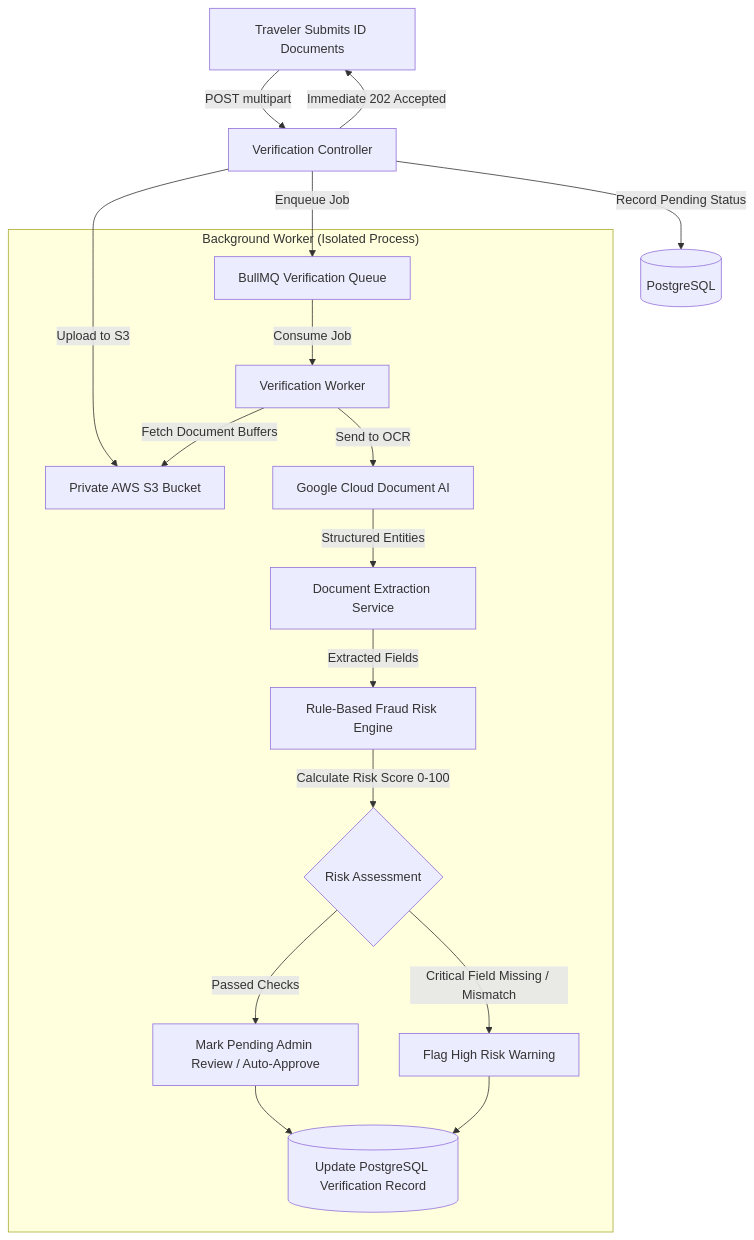
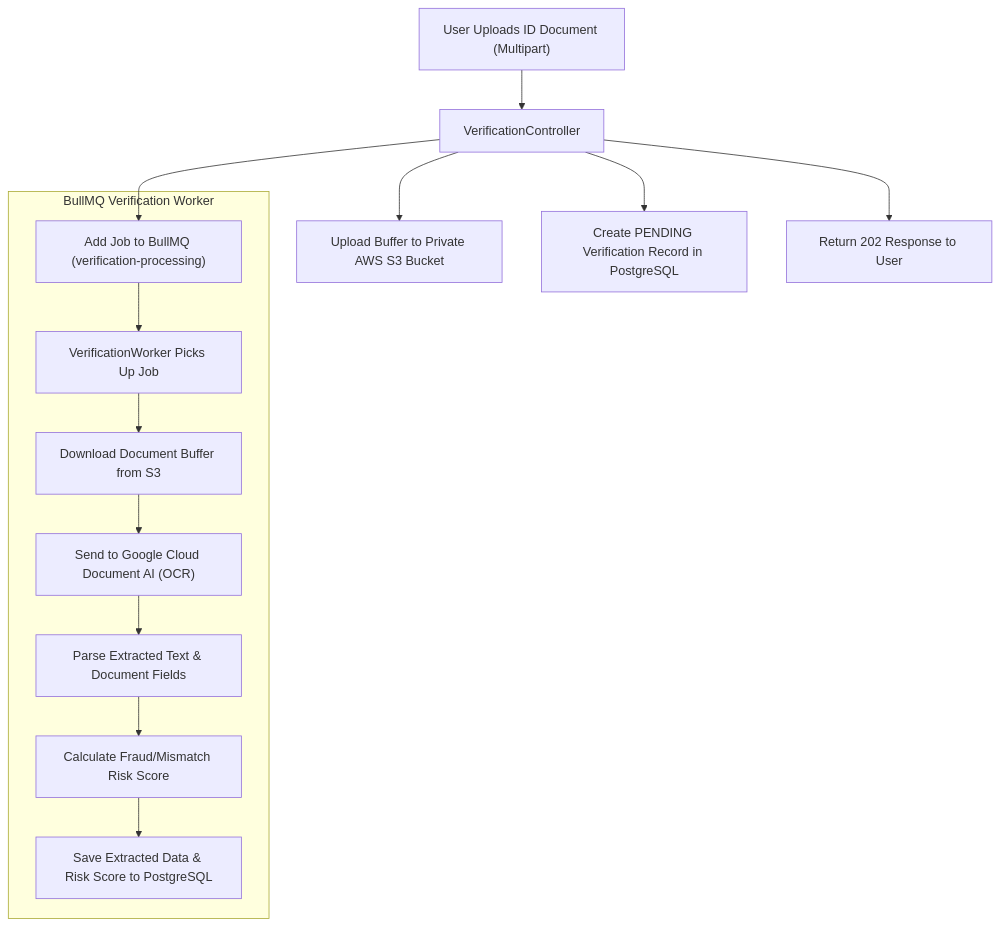
The third of 5 diagrams in README.md (Nasif284/Voymate-Server), drawn with Mermaid before and after one commit. The commit also changed other lines of this file, not shown here.

````diff
--- a/README.md
+++ b/README.md
@@ -207,21 +164,17 @@
 ```mermaid
 flowchart TD
-    A["Traveler Submits ID Documents"] -->|POST multipart| B["Verification Controller"]
-    B -->|Upload to S3| C["Private AWS S3 Bucket"]
-    B -->|Record Pending Status| D[("PostgreSQL")]
-    B -->|Enqueue Job| E["BullMQ Verification Queue"]
-    B -- Immediate 202 Accepted --> A
+    A["User Uploads ID Document (Multipart)"] --> B["VerificationController"]
+    B --> C["Upload Buffer to Private AWS S3 Bucket"]
+    B --> D["Create PENDING Verification Record in PostgreSQL"]
+    B --> E["Add Job to BullMQ (verification-processing)"]
+    B --> F["Return 202 Response to User"]
 
-    subgraph Asynchronous_Worker ["Background Worker (Isolated Process)"]
-        E -->|Consume Job| F["Verification Worker"]
-        F -->|Fetch Document Buffers| C
-        F -->|Send to OCR| G["Google Cloud Document AI"]
-        G -->|Structured Entities| H["Document Extraction Service"]
-        H -->|Extracted Fields| I["Rule-Based Fraud Risk Engine"]
-        I -->|Calculate Risk Score 0-100| J{"Risk Assessment"}
-        J -->|Passed Checks| K["Mark Pending Admin Review / Auto-Approve"]
-        J -->|Critical Field Missing / Mismatch| L["Flag High Risk Warning"]
-        K --> M[("Update PostgreSQL Verification Record")]
-        L --> M
+    subgraph Worker ["BullMQ Verification Worker"]
+        E --> G["VerificationWorker Picks Up Job"]
+        G --> H["Download Document Buffer from S3"]
+        H --> I["Send to Google Cloud Document AI (OCR)"]
+        I --> J["Parse Extracted Text & Document Fields"]
+        J --> K["Calculate Fraud/Mismatch Risk Score"]
+        K --> L["Save Extracted Data & Risk Score to PostgreSQL"]
     end
 ```
````
